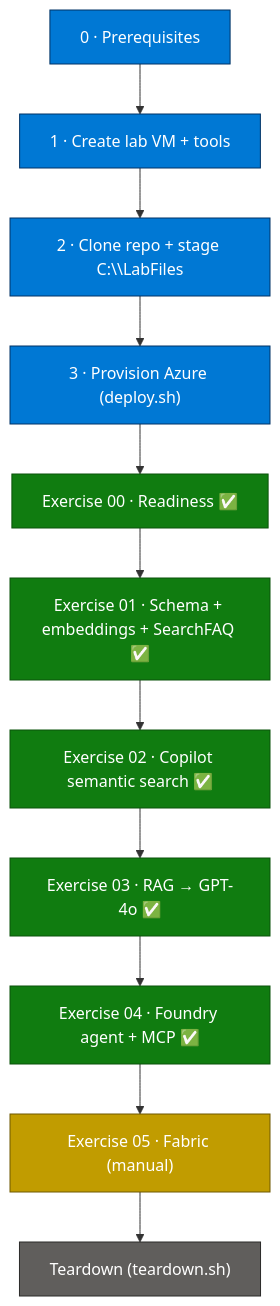
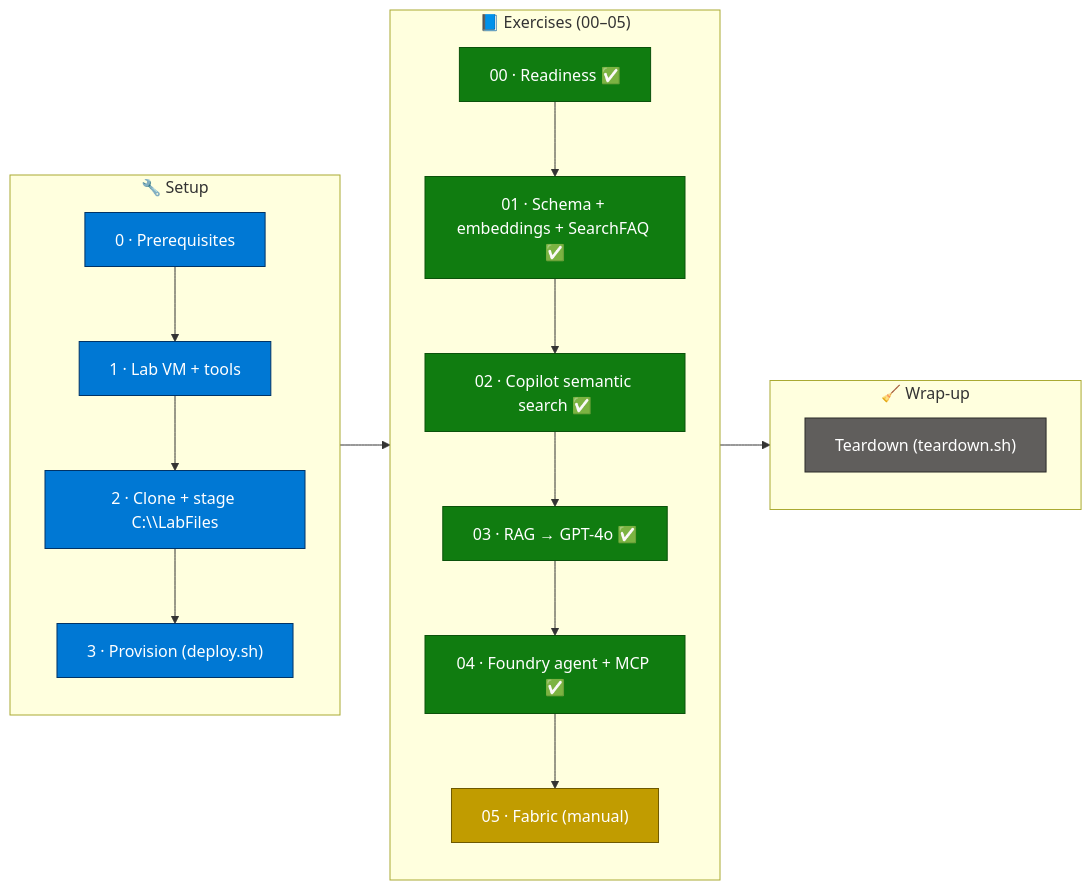
One commit to ibranibeny/envlab513 changed the first of 2 diagrams in README.md. Above: the diagram before and after it, drawn with Mermaid.

Commit message:
README: enlarge flow diagram — horizontal phased layout (Setup -> Exercises -> Wrap-up) fills page width

````diff
--- a/README.md
+++ b/README.md
@@ -11,21 +11,21 @@
 ```mermaid
-flowchart TD
-    A["0 · Prerequisites"]:::prep
-    B["1 · Create lab VM + tools"]:::prep
-    C["2 · Clone repo + stage C:\\LabFiles"]:::prep
-    D["3 · Provision Azure (deploy.sh)"]:::prep
-    E["Exercise 00 · Readiness ✅"]:::ex
-    F["Exercise 01 · Schema + embeddings + SearchFAQ ✅"]:::ex
-    G["Exercise 02 · Copilot semantic search ✅"]:::ex
-    H["Exercise 03 · RAG → GPT-4o ✅"]:::ex
-    I["Exercise 04 · Foundry agent + MCP ✅"]:::ex
-    J["Exercise 05 · Fabric (manual)"]:::manual
-    K["Teardown (teardown.sh)"]:::done
-
-    A --> B --> C --> D --> E --> F --> G --> H --> I --> J --> K
+flowchart LR
+    subgraph SETUP["🔧 Setup"]
+        direction TB
+        A["0 · Prerequisites"]:::prep --> B["1 · Lab VM + tools"]:::prep --> C["2 · Clone + stage C:\\LabFiles"]:::prep --> D["3 · Provision (deploy.sh)"]:::prep
+    end
+    subgraph EXERCISES["📘 Exercises (00–05)"]
+        direction TB
+        E["00 · Readiness ✅"]:::ex --> F["01 · Schema + embeddings + SearchFAQ ✅"]:::ex --> G["02 · Copilot semantic search ✅"]:::ex --> H["03 · RAG → GPT-4o ✅"]:::ex --> I["04 · Foundry agent + MCP ✅"]:::ex --> J["05 · Fabric (manual)"]:::manual
+    end
+    subgraph WRAP["🧹 Wrap-up"]
+        direction TB
+        K["Teardown (teardown.sh)"]:::done
+    end
+    SETUP --> EXERCISES --> WRAP
 
     classDef prep fill:#0078D4,stroke:#003366,color:#fff;
     classDef ex fill:#107C10,stroke:#0B520B,color:#fff;
     classDef manual fill:#C19C00,stroke:#6E5900,color:#fff;
     classDef done fill:#605E5C,stroke:#2B2A29,color:#fff;
 ```
````
